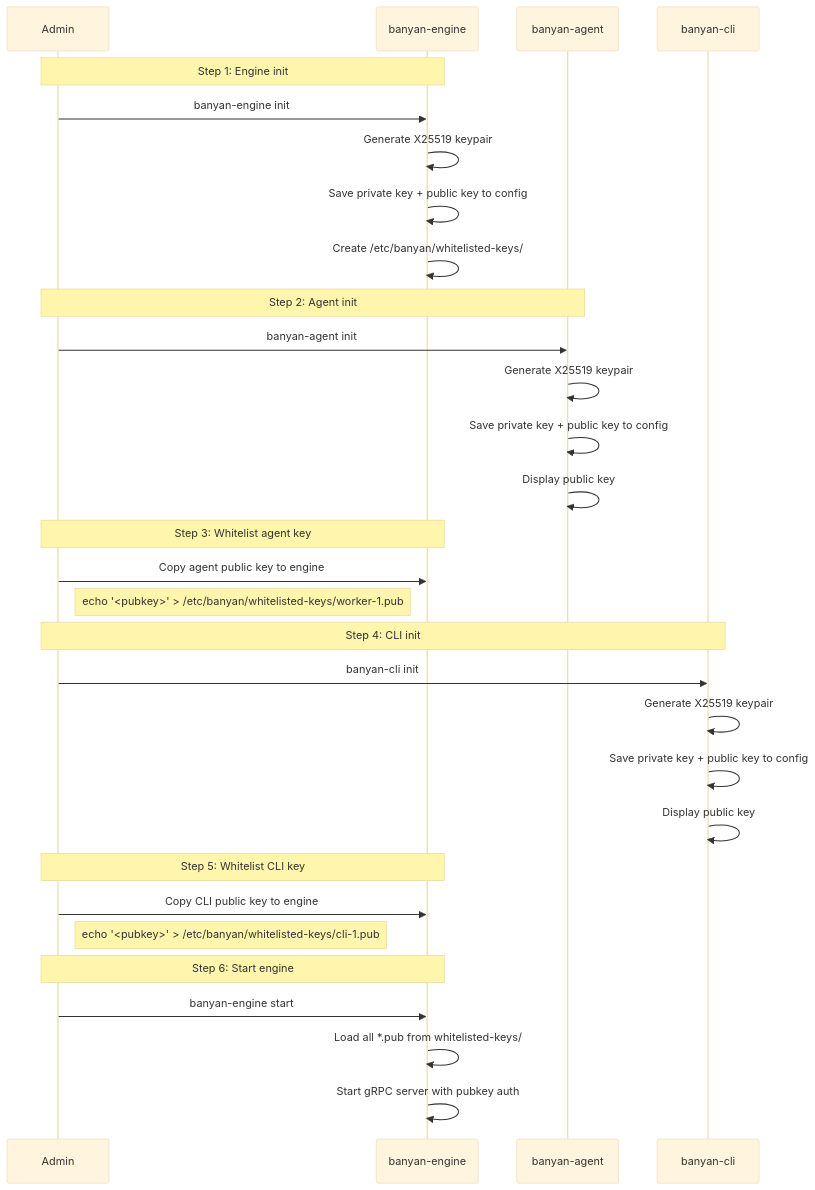
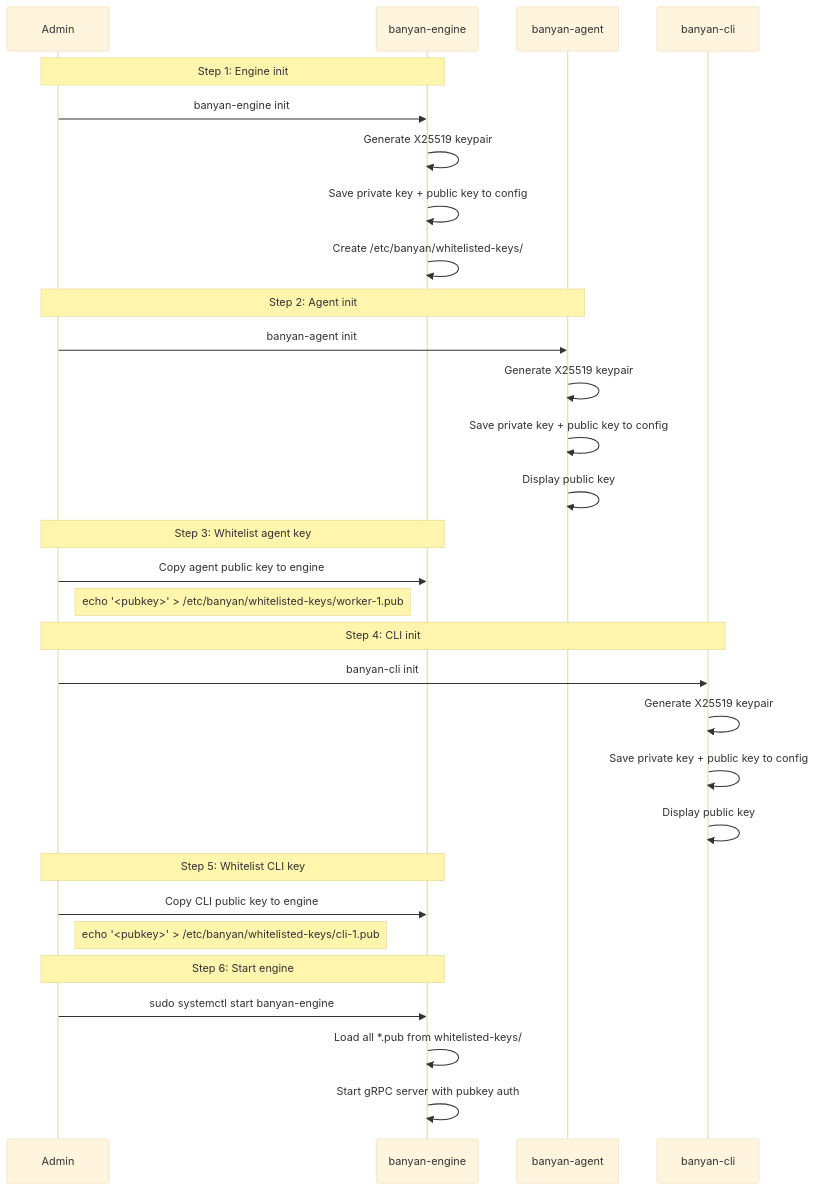
Before and after one commit to fertile-org/banyan: the first of 4 diagrams in website/src/content/docs/guides/authentication.md, drawn with Mermaid (base theme). The commit also changed 33 other files, not shown here.

First line of the commit message:
Remove VXLAN overlay, simplify to sudo-based init/start with systemd services

````diff
--- a/website/src/content/docs/guides/authentication.md
+++ b/website/src/content/docs/guides/authentication.md
@@ -40,38 +40,38 @@
 ```mermaid
 sequenceDiagram
     participant Admin
     participant Engine as banyan-engine
     participant Agent as banyan-agent
     participant CLI as banyan-cli
 
     Note over Admin,Engine: Step 1: Engine init
     Admin->>Engine: banyan-engine init
     Engine->>Engine: Generate X25519 keypair
     Engine->>Engine: Save private key + public key to config
     Engine->>Engine: Create /etc/banyan/whitelisted-keys/
 
     Note over Admin,Agent: Step 2: Agent init
     Admin->>Agent: banyan-agent init
     Agent->>Agent: Generate X25519 keypair
     Agent->>Agent: Save private key + public key to config
     Agent->>Agent: Display public key
 
     Note over Admin,Engine: Step 3: Whitelist agent key
     Admin->>Engine: Copy agent public key to engine
     Note right of Admin: echo '<pubkey>' > /etc/banyan/whitelisted-keys/worker-1.pub
 
     Note over Admin,CLI: Step 4: CLI init
     Admin->>CLI: banyan-cli init
     CLI->>CLI: Generate X25519 keypair
     CLI->>CLI: Save private key + public key to config
     CLI->>CLI: Display public key
 
     Note over Admin,Engine: Step 5: Whitelist CLI key
     Admin->>Engine: Copy CLI public key to engine
     Note right of Admin: echo '<pubkey>' > /etc/banyan/whitelisted-keys/cli-1.pub
 
     Note over Admin,Engine: Step 6: Start engine
-    Admin->>Engine: banyan-engine start
+    Admin->>Engine: sudo systemctl start banyan-engine
     Engine->>Engine: Load all *.pub from whitelisted-keys/
     Engine->>Engine: Start gRPC server with pubkey auth
 ```
````
